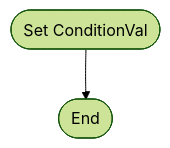
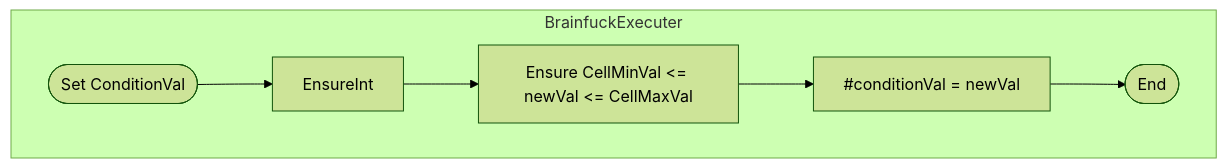
The seventh of 25 diagrams in src/Classes_Info/BrainfuckExecuter.md (BCS21090011/BrainFucker), drawn with Mermaid (forest theme) before and after one commit.

Commit message:
Chart for ConditionVal setter.

````diff
--- a/src/Classes_Info/BrainfuckExecuter.md
+++ b/src/Classes_Info/BrainfuckExecuter.md
@@ -425,7 +425,20 @@
     ```mermaid
     flowchart
+        subgraph BrainfuckExecuter
+            Start([Set ConditionVal])
+            EnsureInt
+            EnsureInRange[Ensure CellMinVal <= newVal <= CellMaxVal]
+            SetConditionVal[#conditionVal = newVal]
+            End([End])
+        end
 
-    Start([Set ConditionVal])
-    -->
-    End([End])
+        Start
+        -->
+        EnsureInt
+        -->
+        EnsureInRange
+        -->
+        SetConditionVal
+        -->
+        End
     ```
````
